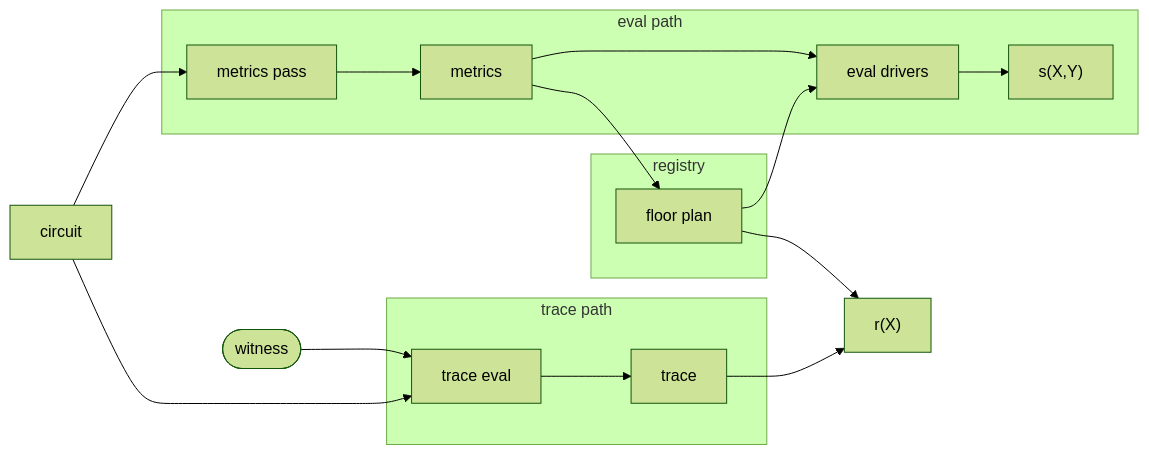
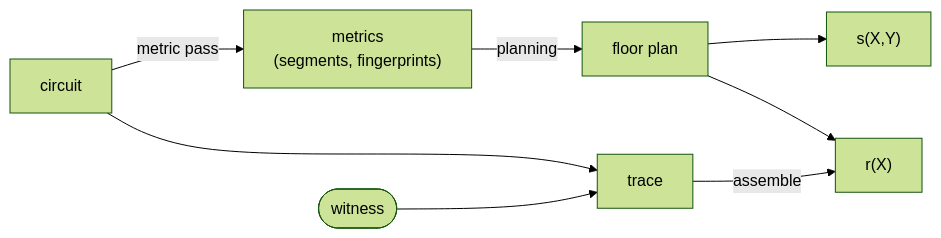
The diagram in book/src/implementation/routines.md (TalDerei/ragu), drawn with Mermaid (forest theme) before and after one commit. The commit also changed other lines of this file, not shown here.

````diff
--- a/book/src/implementation/routines.md
+++ b/book/src/implementation/routines.md
@@ -293,22 +297,16 @@
 ```mermaid
 graph LR
     C[circuit]
     W([witness])
-    subgraph ep[eval path]
-        MP[metrics pass] --> metrics
-        metrics --> ED[eval drivers] --> SP["s(X,Y)"]
-    end
-    subgraph R[registry]
-        FP[floor plan]
-    end
-    subgraph tp[trace path]
-        TE[trace eval] --> trace
-    end
-    C --> MP
-    C --> TE
-    W --> TE
-    metrics --> FP
-    FP --> ED
-    trace --> TP["r(X)"]
-    FP --> TP
+    M["metrics<br/>(segments, fingerprints)"]
+    FP[floor plan]
+    T[trace]
+    SXY["s(X,Y)"]
+    RX["r(X)"]
+    C -- metric pass --> M
+    M -- planning --> FP
+    C & W --> T
+    FP --> SXY
+    FP --> RX
+    T -- assemble --> RX
 ```
````
